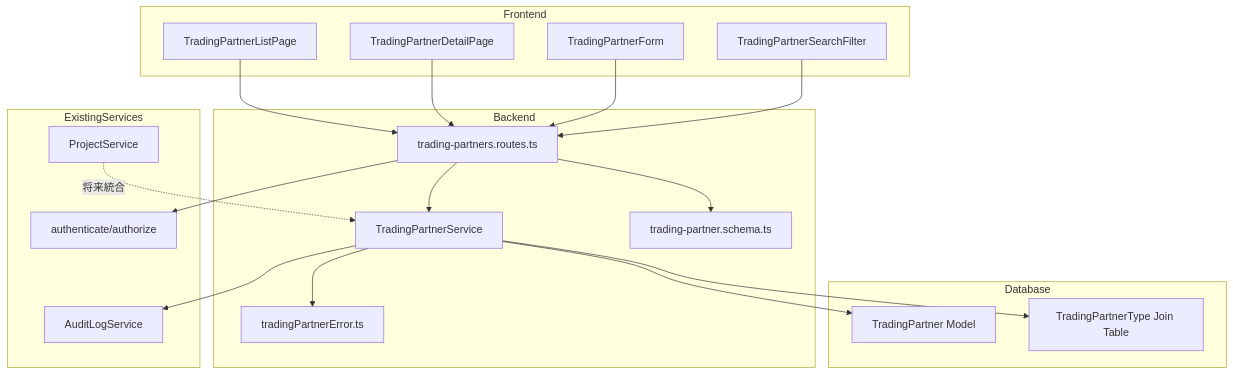
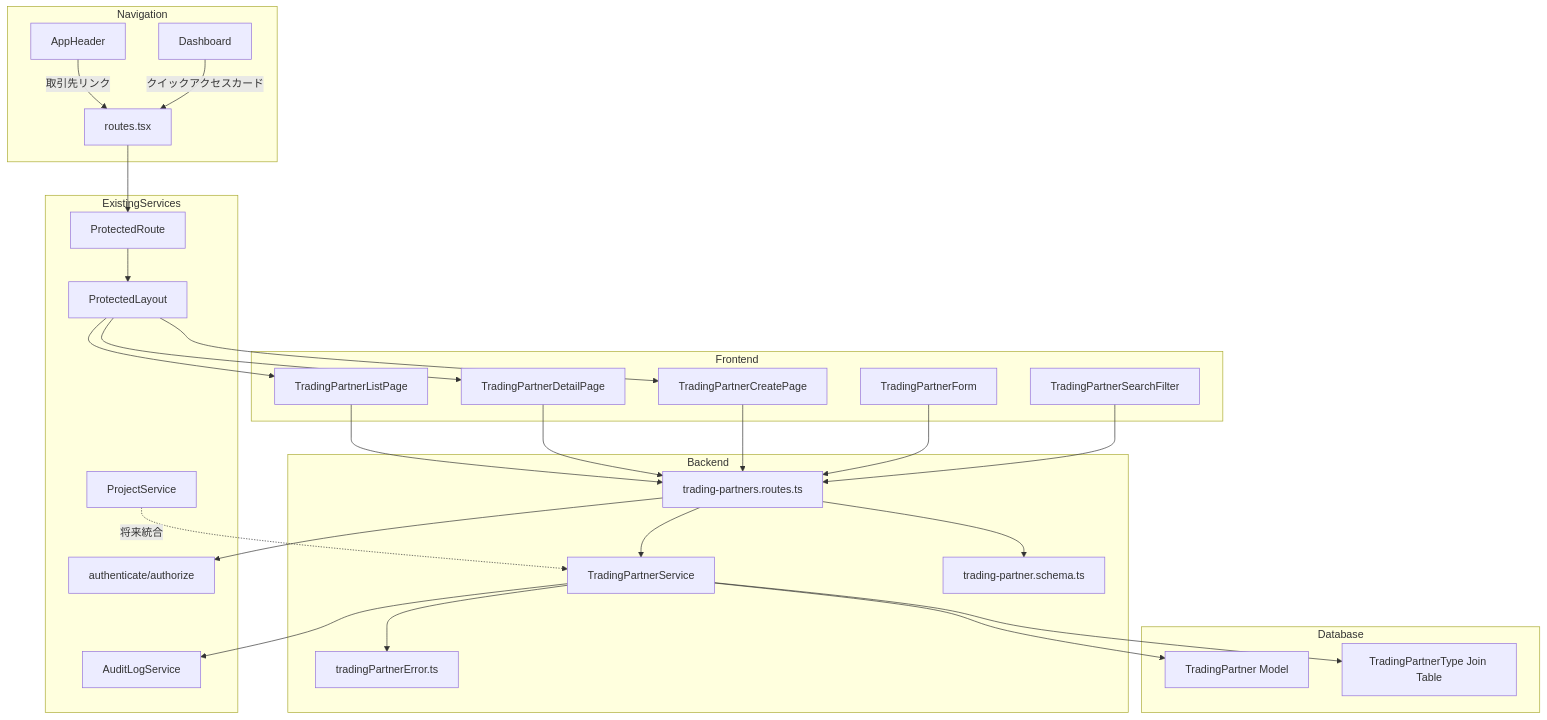
One commit to inakanou/ArchiTrack changed the first of 6 diagrams in .kiro/specs/trading-partner-management/design.md. Above: the diagram before and after it, drawn with Mermaid. The commit also changed other lines of this file and 1 other file, not shown here.

First line of the commit message:
docs(trading-partner): add navigation design for Requirement 12

````diff
--- a/.kiro/specs/trading-partner-management/design.md
+++ b/.kiro/specs/trading-partner-management/design.md
@@ -41,42 +43,60 @@
 ```mermaid
 graph TB
+    subgraph Navigation
+        AppHeader[AppHeader]
+        Dashboard[Dashboard]
+        RoutesConfig[routes.tsx]
+    end
+
     subgraph Frontend
         TradingPartnerListPage[TradingPartnerListPage]
         TradingPartnerDetailPage[TradingPartnerDetailPage]
+        TradingPartnerCreatePage[TradingPartnerCreatePage]
         TradingPartnerForm[TradingPartnerForm]
         TradingPartnerSearchFilter[TradingPartnerSearchFilter]
     end
 
     subgraph Backend
         TradingPartnerRoutes[trading-partners.routes.ts]
         TradingPartnerService[TradingPartnerService]
         TradingPartnerSchema[trading-partner.schema.ts]
         TradingPartnerError[tradingPartnerError.ts]
     end
 
     subgraph Database
         TradingPartnerModel[TradingPartner Model]
         TradingPartnerTypeJoin[TradingPartnerType Join Table]
     end
 
     subgraph ExistingServices
         AuditLogService[AuditLogService]
         AuthMiddleware[authenticate/authorize]
         ProjectService[ProjectService]
+        ProtectedRoute[ProtectedRoute]
+        ProtectedLayout[ProtectedLayout]
     end
+
+    AppHeader -->|取引先リンク| RoutesConfig
+    Dashboard -->|クイックアクセスカード| RoutesConfig
+    RoutesConfig --> ProtectedRoute
+    ProtectedRoute --> ProtectedLayout
+    ProtectedLayout --> TradingPartnerListPage
+    ProtectedLayout --> TradingPartnerDetailPage
+    ProtectedLayout --> TradingPartnerCreatePage
 
     TradingPartnerListPage --> TradingPartnerRoutes
     TradingPartnerDetailPage --> TradingPartnerRoutes
+    TradingPartnerCreatePage --> TradingPartnerRoutes
     TradingPartnerForm --> TradingPartnerRoutes
     TradingPartnerSearchFilter --> TradingPartnerRoutes
 
     TradingPartnerRoutes --> AuthMiddleware
     TradingPartnerRoutes --> TradingPartnerSchema
     TradingPartnerRoutes --> TradingPartnerService
     TradingPartnerService --> TradingPartnerModel
     TradingPartnerService --> TradingPartnerTypeJoin
     TradingPartnerService --> AuditLogService
     TradingPartnerService --> TradingPartnerError
 
     ProjectService -.->|将来統合| TradingPartnerService
 ```
````
